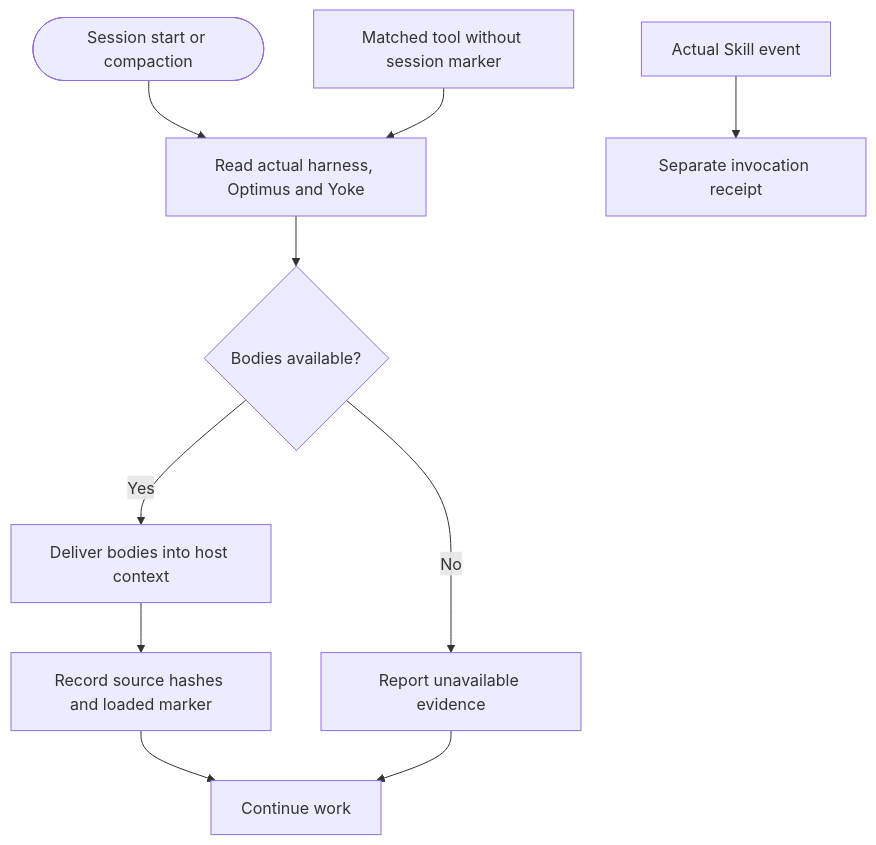
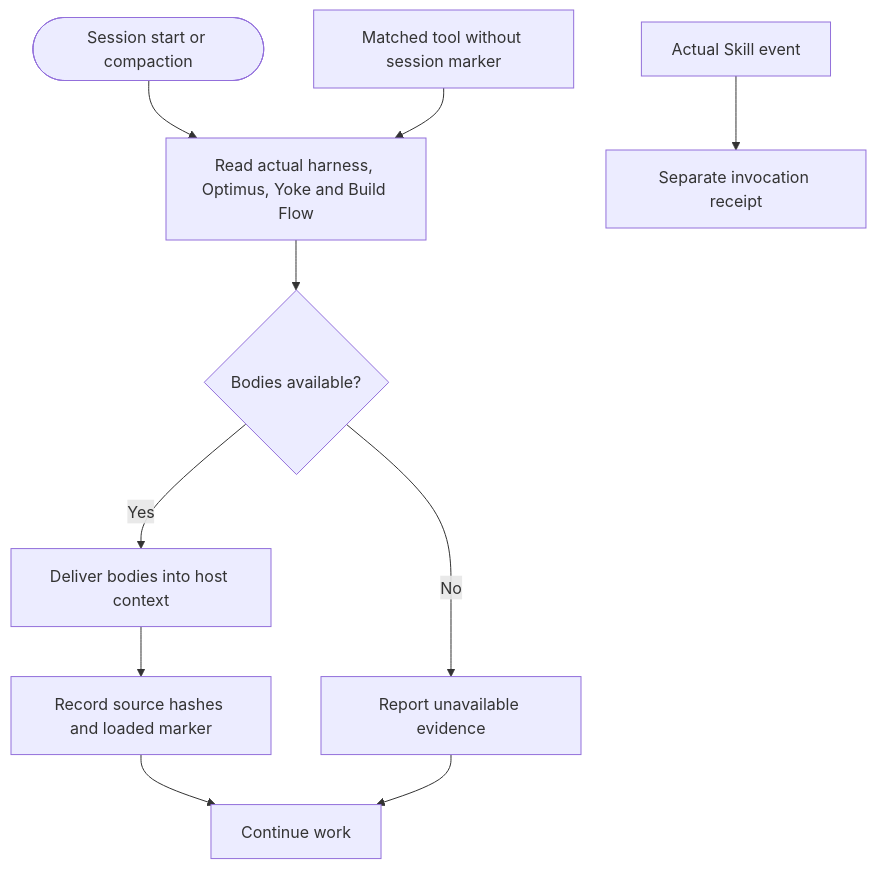
The fifth of 11 diagrams in docs/FLOWCHARTS.md (Tcuzzo/backs-aios-skills), drawn with Mermaid before and after one commit. The commit also changed other lines of this file and 263 other files, not shown here.

First line of the commit message:
feat: integrate bounded Build Flow and operator essence

````diff
--- a/docs/FLOWCHARTS.md
+++ b/docs/FLOWCHARTS.md
@@ -226,14 +288,14 @@
 ```mermaid
 flowchart TD
   accTitle: Automatic grounding without tool denial
   accDescr: Session start and compaction deliver current floor bodies. Missing grounding triggers another load, with truthful evidence and no tool refusal.
-  Start([Session start or compaction]) --> Read[Read actual harness, Optimus and Yoke]
+  Start([Session start or compaction]) --> Read[Read actual harness, Optimus, Yoke and Build Flow]
   Missing[Matched tool without session marker] --> Read
   Read --> Available{Bodies available?}
   Available -->|Yes| Deliver[Deliver bodies into host context]
   Deliver --> Receipt[Record source hashes and loaded marker]
   Available -->|No| Warn[Report unavailable evidence]
   Receipt --> Work[Continue work]
   Warn --> Work
   Skill[Actual Skill event] --> SkillReceipt[Separate invocation receipt]
 ```
````
